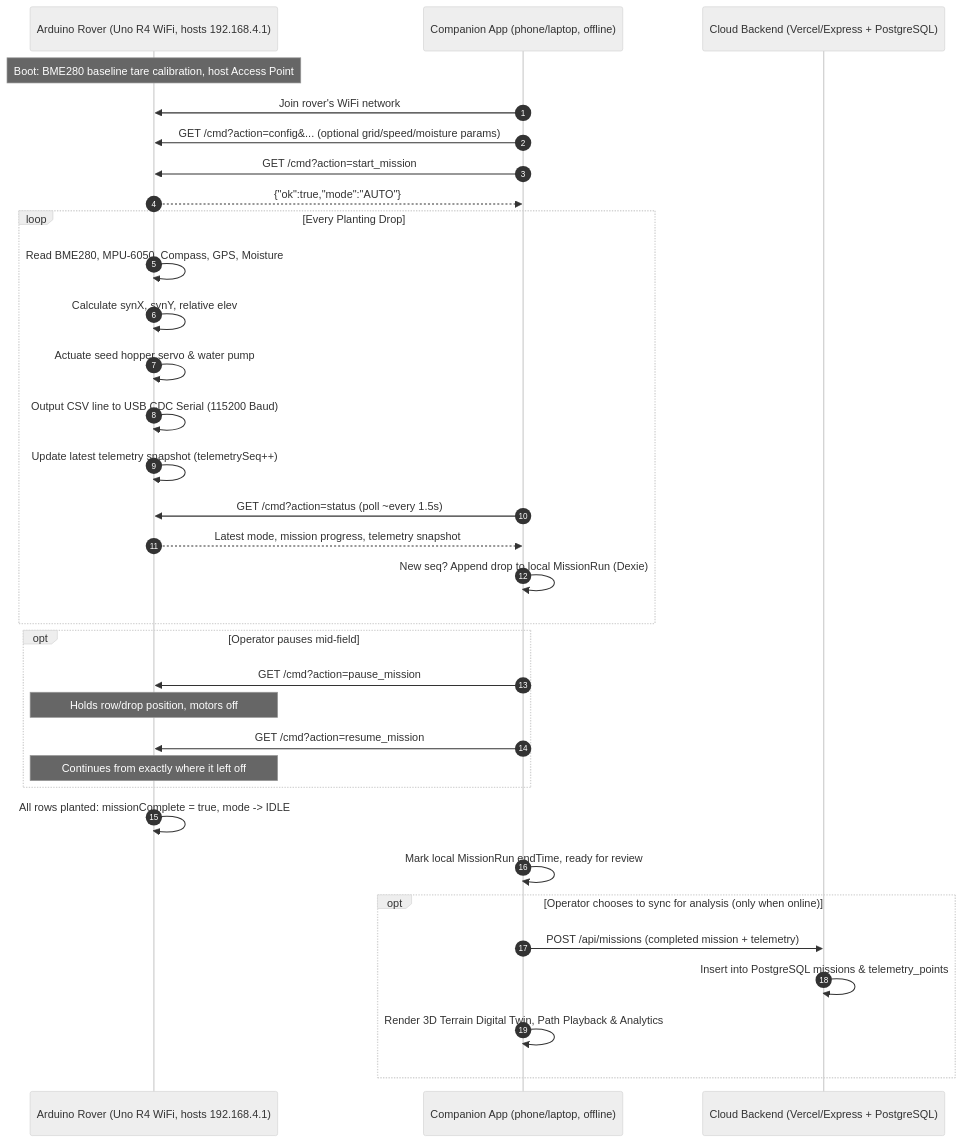
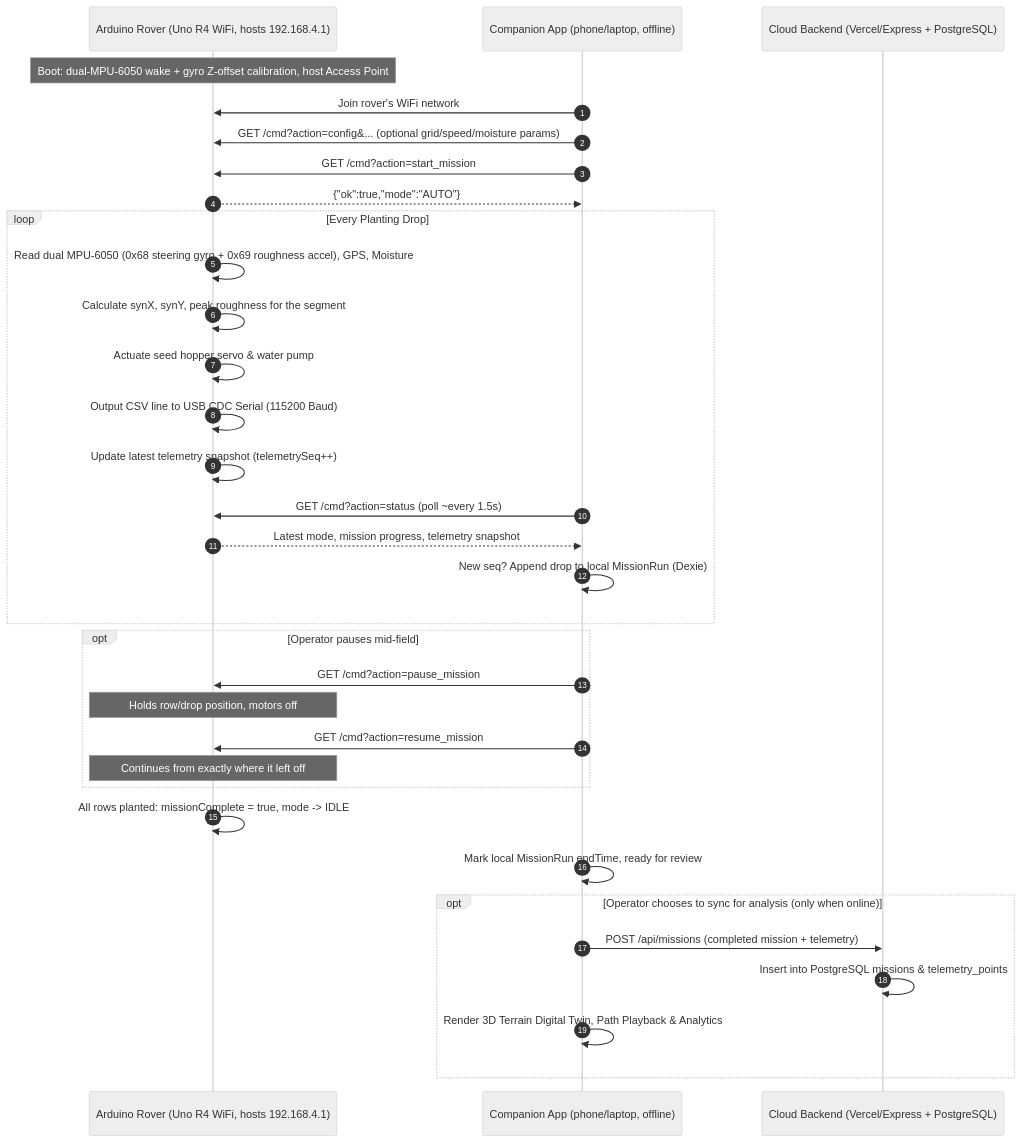
One commit to Elikplim-N/rover-mission-manager changed the fourth of 4 diagrams in docs/ARCHITECTURE_KNOWLEDGE_BASE.md. Above: the diagram before and after it, drawn with Mermaid (neutral theme). The commit also changed other lines of this file, not shown here.

First line of the commit message:
Update architecture knowledge base for dual-MPU-6050 revision

````diff
--- a/docs/ARCHITECTURE_KNOWLEDGE_BASE.md
+++ b/docs/ARCHITECTURE_KNOWLEDGE_BASE.md
@@ -329,40 +343,40 @@
 ```mermaid
 sequenceDiagram
     autonumber
     participant R as Arduino Rover (Uno R4 WiFi, hosts 192.168.4.1)
     participant A as Companion App (phone/laptop, offline)
     participant S as Cloud Backend (Vercel/Express + PostgreSQL)
 
-    Note over R: Boot: BME280 baseline tare calibration, host Access Point
+    Note over R: Boot: dual-MPU-6050 wake + gyro Z-offset calibration, host Access Point
     A->>R: Join rover's WiFi network
     A->>R: GET /cmd?action=config&... (optional grid/speed/moisture params)
     A->>R: GET /cmd?action=start_mission
     R-->>A: {"ok":true,"mode":"AUTO"}
 
     loop Every Planting Drop
-        R->>R: Read BME280, MPU-6050, Compass, GPS, Moisture
-        R->>R: Calculate synX, synY, relative elev
+        R->>R: Read dual MPU-6050 (0x68 steering gyro + 0x69 roughness accel), GPS, Moisture
+        R->>R: Calculate synX, synY, peak roughness for the segment
         R->>R: Actuate seed hopper servo & water pump
         R->>R: Output CSV line to USB CDC Serial (115200 Baud)
         R->>R: Update latest telemetry snapshot (telemetrySeq++)
         A->>R: GET /cmd?action=status (poll ~every 1.5s)
         R-->>A: Latest mode, mission progress, telemetry snapshot
         A->>A: New seq? Append drop to local MissionRun (Dexie)
     end
 
     opt Operator pauses mid-field
         A->>R: GET /cmd?action=pause_mission
         Note over R: Holds row/drop position, motors off
         A->>R: GET /cmd?action=resume_mission
         Note over R: Continues from exactly where it left off
     end
 
     R->>R: All rows planted: missionComplete = true, mode -> IDLE
     A->>A: Mark local MissionRun endTime, ready for review
 
     opt Operator chooses to sync for analysis (only when online)
         A->>S: POST /api/missions (completed mission + telemetry)
         S->>S: Insert into PostgreSQL missions & telemetry_points
         A->>A: Render 3D Terrain Digital Twin, Path Playback & Analytics
     end
 ```
````
